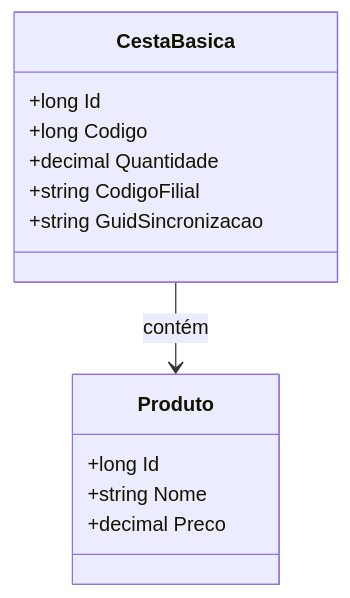
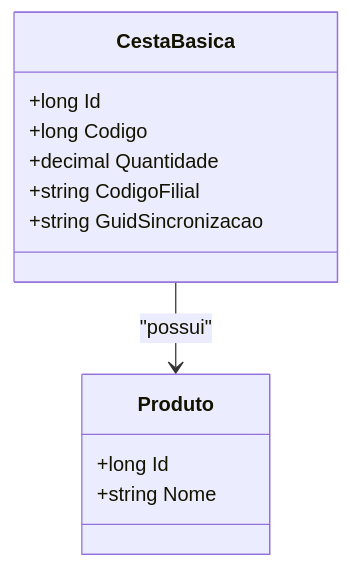
One commit to IsthmusSistemas/documentacao-tecnica changed the diagram in docs/b2b-dominio/IsthmusWinthor.Nucleo/IsthmusWinthor.Dominio/Entidades/CestaBasica.md. Above: the diagram before and after it, drawn with Mermaid. The commit also changed other lines of this file and 882 other files, not shown here.

````diff
--- a/docs/b2b-dominio/IsthmusWinthor.Nucleo/IsthmusWinthor.Dominio/Entidades/CestaBasica.md
+++ b/docs/b2b-dominio/IsthmusWinthor.Nucleo/IsthmusWinthor.Dominio/Entidades/CestaBasica.md
@@ -15,16 +21,16 @@
 ```mermaid
 classDiagram
     class CestaBasica {
         +long Id
         +long Codigo
         +decimal Quantidade
         +string CodigoFilial
         +string GuidSincronizacao
     }
     class Produto {
         +long Id
         +string Nome
-        +decimal Preco
     }
-    CestaBasica --> Produto : contém
-``` 
+    
+    CestaBasica --> Produto : "possui"
+```
````
